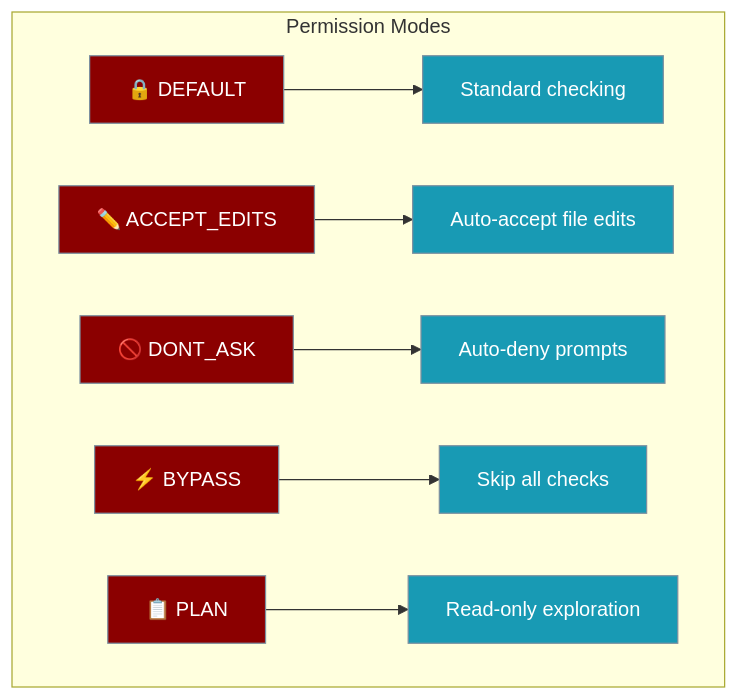
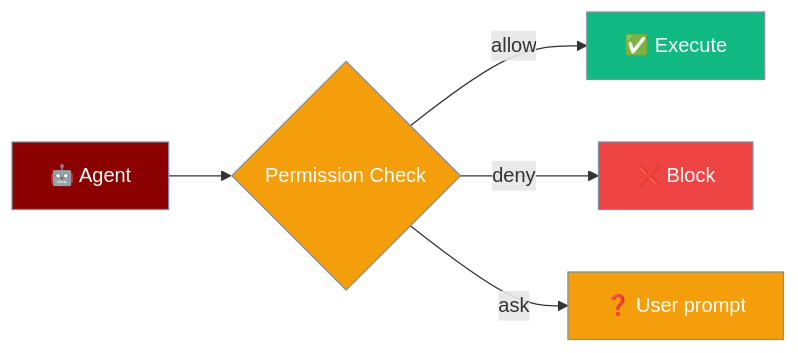
One commit to MervinPraison/PraisonAIDocs changed the diagram in docs/features/permissions.mdx. Above: the diagram before and after it, drawn with Mermaid. The commit also changed other lines of this file and 4 other files, not shown here.

````diff
--- a/docs/features/permissions.mdx
+++ b/docs/features/permissions.mdx
@@ -70,16 +31,18 @@
 ```mermaid
-graph TB
-    subgraph "Permission Modes"
-        A[🔒 DEFAULT] --> B[Standard checking]
-        C[✏️ ACCEPT_EDITS] --> D[Auto-accept file edits]
-        E[🚫 DONT_ASK] --> F[Auto-deny prompts]
-        G[⚡ BYPASS] --> H[Skip all checks]
-        I[📋 PLAN] --> J[Read-only exploration]
-    end
-    
-    classDef mode fill:#8B0000,stroke:#7C90A0,color:#fff
-    classDef action fill:#189AB4,stroke:#7C90A0,color:#fff
-    
-    class A,C,E,G,I mode
-    class B,D,F,H,J action
+graph LR
+    Agent[🤖 Agent] --> Check{Permission Check}
+    Check -->|allow| Run[✅ Execute]
+    Check -->|deny| Block[❌ Block]
+    Check -->|ask| Prompt[❓ User prompt]
+
+    classDef agent fill:#8B0000,stroke:#7C90A0,color:#fff
+    classDef check fill:#F59E0B,stroke:#7C90A0,color:#fff
+    classDef ok fill:#10B981,stroke:#7C90A0,color:#fff
+    classDef block fill:#EF4444,stroke:#7C90A0,color:#fff
+
+    class Agent agent
+    class Check check
+    class Run ok
+    class Block block
+    class Prompt check
 ```
````
